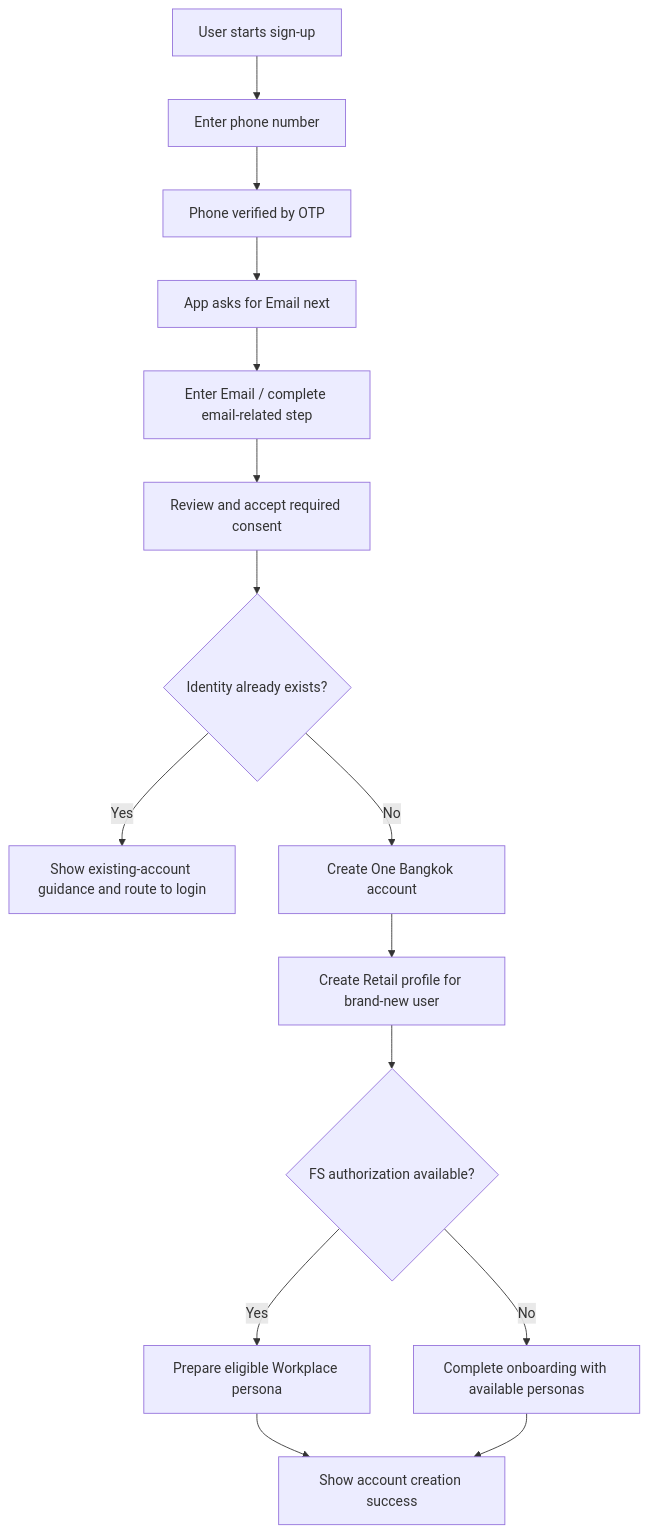
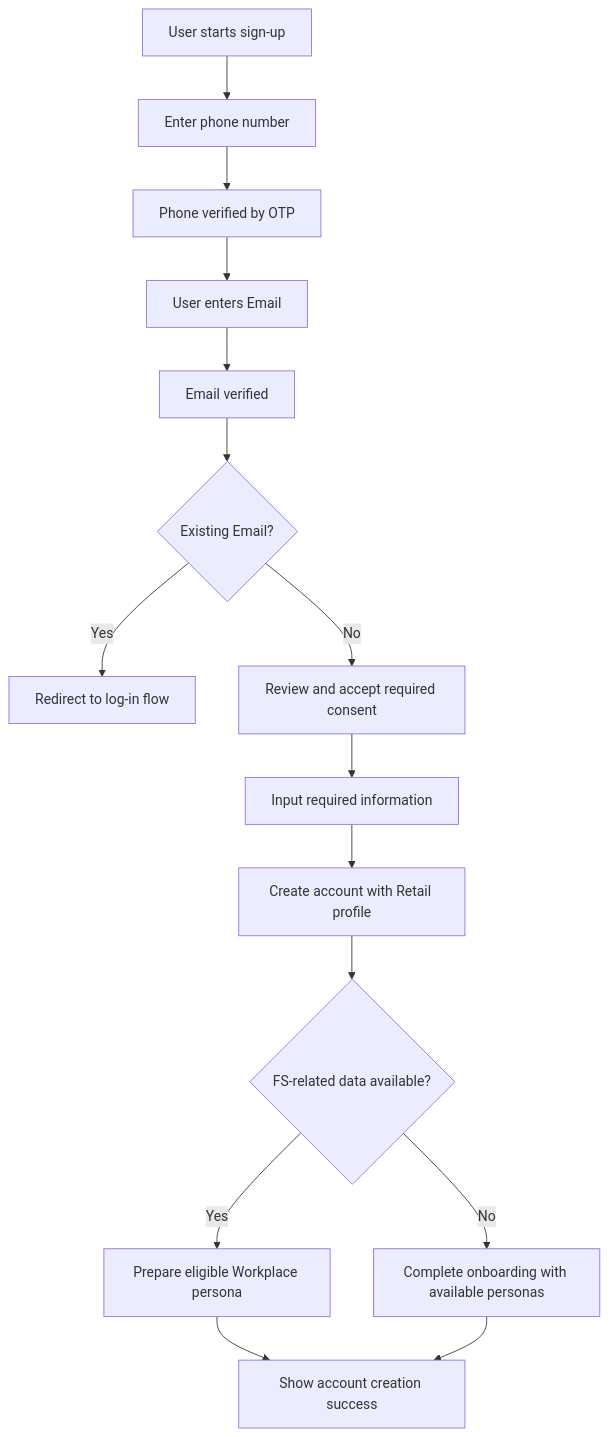
The second of 13 diagrams in 02_Discovery/PARQ_Requirement_Specification_and_Scope_of_Work.md (khempaphatama-bas/parq-integration), drawn with Mermaid before and after one commit. The commit also changed other lines of this file and 3 other files, not shown here.

````diff
--- a/02_Discovery/PARQ_Requirement_Specification_and_Scope_of_Work.md
+++ b/02_Discovery/PARQ_Requirement_Specification_and_Scope_of_Work.md
@@ -235,17 +237,17 @@
 ```mermaid
 flowchart TD
     A["User starts sign-up"] --> B["Enter phone number"]
     B --> C["Phone verified by OTP"]
-    C --> D["App asks for Email next"]
-    D --> E["Enter Email / complete email-related step"]
-    E --> F["Review and accept required consent"]
-    F --> G{"Identity already exists?"}
-    G -- "Yes" --> H["Show existing-account guidance and route to login"]
-    G -- "No" --> I["Create One Bangkok account"]
-    I --> J["Create Retail profile for brand-new user"]
-    J --> K{"FS authorization available?"}
+    C --> D["User enters Email"]
+    D --> E["Email verified"]
+    E --> F{"Existing Email?"}
+    F -- "Yes" --> G["Redirect to log-in flow"]
+    F -- "No" --> H["Review and accept required consent"]
+    H --> I["Input required information"]
+    I --> J["Create account with Retail profile"]
+    J --> K{"FS-related data available?"}
     K -- "Yes" --> L["Prepare eligible Workplace persona"]
     K -- "No" --> M["Complete onboarding with available personas"]
     L --> N["Show account creation success"]
     M --> N
 ```
````
